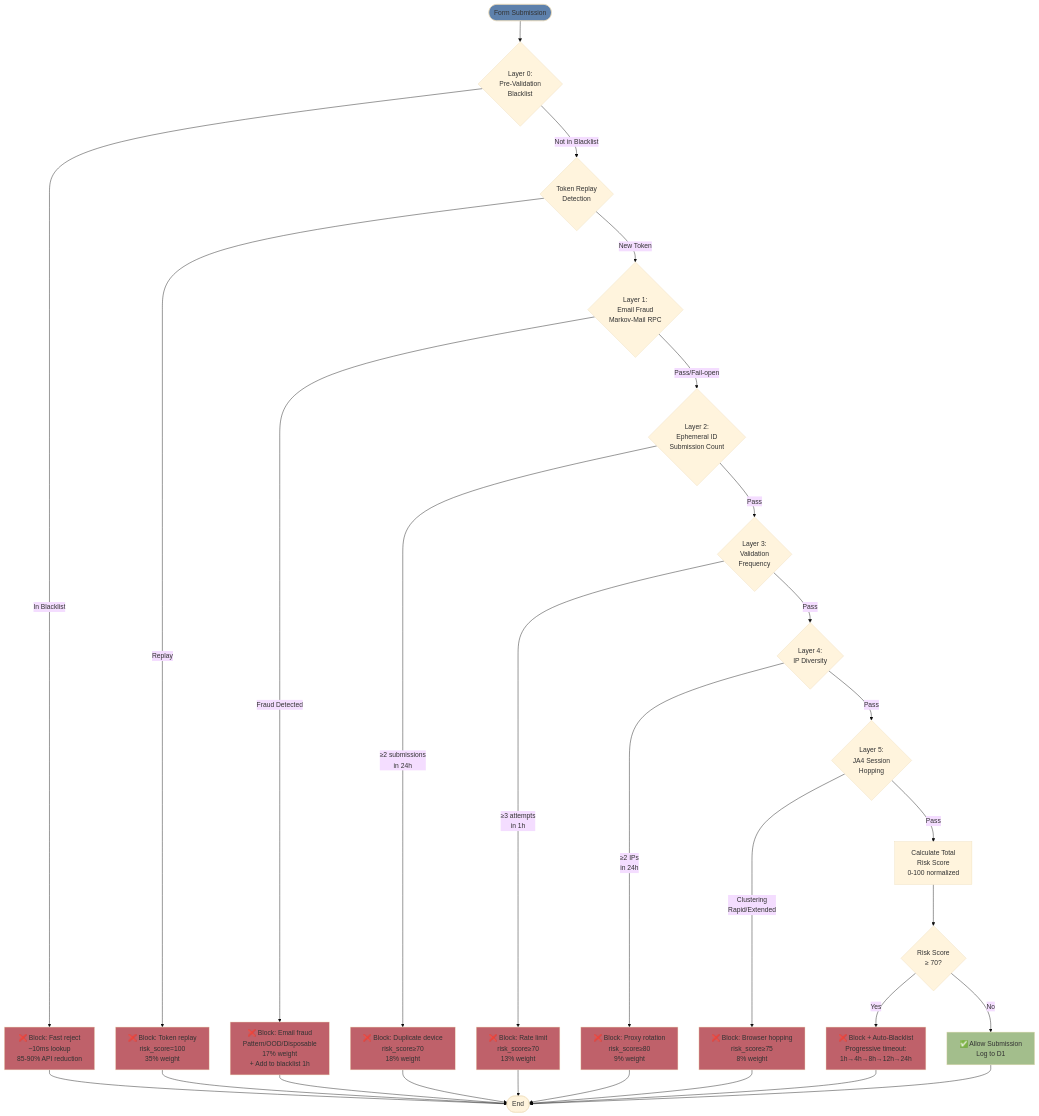
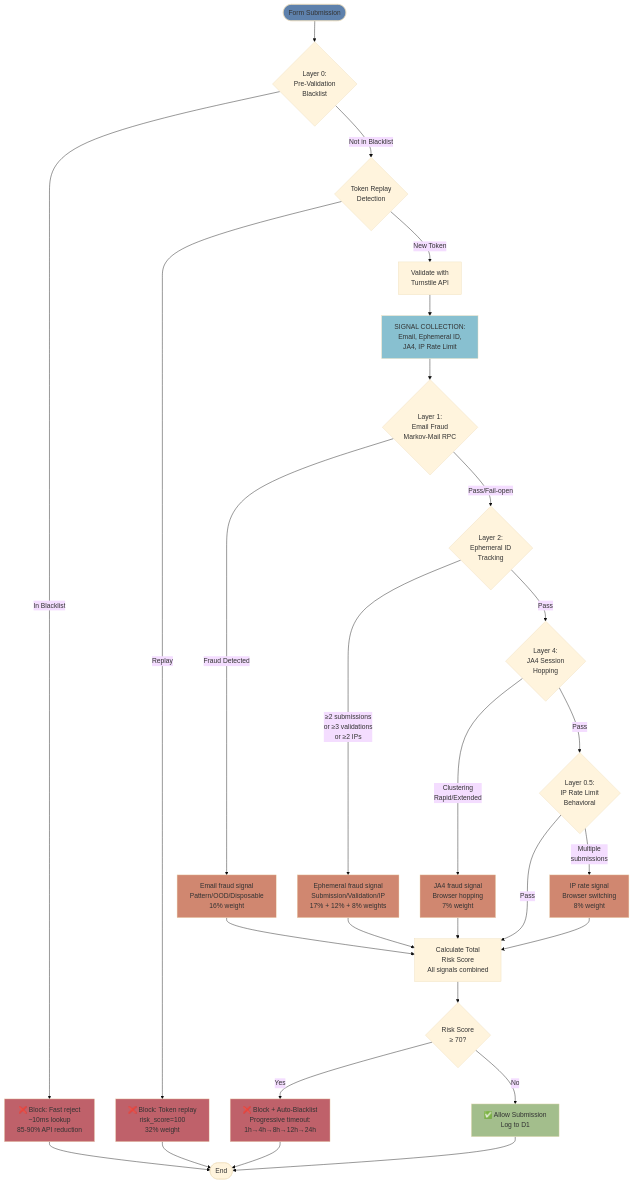
One commit to erfianugrah/turnstile-flow changed the fourth of 6 diagrams in docs/ARCHITECTURE.md. Above: the diagram before and after it, drawn with Mermaid (base theme). The commit also changed other lines of this file and 14 other files, not shown here.

First line of the commit message:
feat: add IP rate limiting as Layer 0.5 behavioral signal

````diff
--- a/docs/ARCHITECTURE.md
+++ b/docs/ARCHITECTURE.md
@@ -222,50 +222,54 @@
 ```mermaid
 flowchart TD
     Start([Form Submission]) --> Layer0{Layer 0:<br/>Pre-Validation<br/>Blacklist}
 
     Layer0 -->|In Blacklist| BlockFast[❌ Block: Fast reject<br/>~10ms lookup<br/>85-90% API reduction]
     Layer0 -->|Not in Blacklist| TokenReplay{Token Replay<br/>Detection}
 
-    TokenReplay -->|Replay| Block1[❌ Block: Token replay<br/>risk_score=100<br/>35% weight]
-    TokenReplay -->|New Token| Layer1{Layer 1:<br/>Email Fraud<br/>Markov-Mail RPC}
+    TokenReplay -->|Replay| Block1[❌ Block: Token replay<br/>risk_score=100<br/>32% weight]
+    TokenReplay -->|New Token| TurnstileCheck[Validate with<br/>Turnstile API]
 
-    Layer1 -->|Fraud Detected| Block2[❌ Block: Email fraud<br/>Pattern/OOD/Disposable<br/>17% weight<br/>+ Add to blacklist 1h]
-    Layer1 -->|Pass/Fail-open| Layer2{Layer 2:<br/>Ephemeral ID<br/>Submission Count}
+    TurnstileCheck --> SignalCollection[SIGNAL COLLECTION:<br/>Email, Ephemeral ID,<br/>JA4, IP Rate Limit]
 
-    Layer2 -->|≥2 submissions<br/>in 24h| Block3[❌ Block: Duplicate device<br/>risk_score≥70<br/>18% weight]
-    Layer2 -->|Pass| Layer3{Layer 3:<br/>Validation<br/>Frequency}
+    SignalCollection --> Layer1{Layer 1:<br/>Email Fraud<br/>Markov-Mail RPC}
 
-    Layer3 -->|≥3 attempts<br/>in 1h| Block4[❌ Block: Rate limit<br/>risk_score≥70<br/>13% weight]
-    Layer3 -->|Pass| Layer4{Layer 4:<br/>IP Diversity}
+    Layer1 -->|Fraud Detected| EmailBlock[Email fraud signal<br/>Pattern/OOD/Disposable<br/>16% weight]
+    Layer1 -->|Pass/Fail-open| Layer2{Layer 2:<br/>Ephemeral ID<br/>Tracking}
 
-    Layer4 -->|≥2 IPs<br/>in 24h| Block5[❌ Block: Proxy rotation<br/>risk_score≥80<br/>9% weight]
-    Layer4 -->|Pass| Layer5{Layer 5:<br/>JA4 Session<br/>Hopping}
+    EmailBlock --> RiskCalc
 
-    Layer5 -->|Clustering<br/>Rapid/Extended| Block6[❌ Block: Browser hopping<br/>risk_score≥75<br/>8% weight]
-    Layer5 -->|Pass| RiskCalc[Calculate Total<br/>Risk Score<br/>0-100 normalized]
+    Layer2 -->|≥2 submissions<br/>or ≥3 validations<br/>or ≥2 IPs| EphemeralBlock[Ephemeral fraud signal<br/>Submission/Validation/IP<br/>17% + 12% + 8% weights]
+    Layer2 -->|Pass| Layer4{Layer 4:<br/>JA4 Session<br/>Hopping}
+
+    EphemeralBlock --> RiskCalc
+
+    Layer4 -->|Clustering<br/>Rapid/Extended| JA4Block[JA4 fraud signal<br/>Browser hopping<br/>7% weight]
+    Layer4 -->|Pass| Layer05{Layer 0.5:<br/>IP Rate Limit<br/>Behavioral}
+
+    JA4Block --> RiskCalc
+
+    Layer05 -->|Multiple<br/>submissions| IPSignal[IP rate signal<br/>Browser switching<br/>8% weight]
+    Layer05 -->|Pass| RiskCalc[Calculate Total<br/>Risk Score<br/>All signals combined]
+
+    IPSignal --> RiskCalc
 
     RiskCalc --> FinalCheck{Risk Score<br/>≥ 70?}
     FinalCheck -->|Yes| BlockFinal[❌ Block + Auto-Blacklist<br/>Progressive timeout:<br/>1h→4h→8h→12h→24h]
     FinalCheck -->|No| Allow[✅ Allow Submission<br/>Log to D1]
 
     BlockFast --> End([End])
     Block1 --> End
-    Block2 --> End
-    Block3 --> End
-    Block4 --> End
-    Block5 --> End
-    Block6 --> End
     BlockFinal --> End
     Allow --> End
 
     style Start fill:#5e81ac
     style Allow fill:#a3be8c
     style BlockFast fill:#bf616a
     style Block1 fill:#bf616a
-    style Block2 fill:#bf616a
-    style Block3 fill:#bf616a
-    style Block4 fill:#bf616a
-    style Block5 fill:#bf616a
-    style Block6 fill:#bf616a
     style BlockFinal fill:#bf616a
+    style SignalCollection fill:#88c0d0
+    style EmailBlock fill:#d08770
+    style EphemeralBlock fill:#d08770
+    style JA4Block fill:#d08770
+    style IPSignal fill:#d08770
 ```
````
